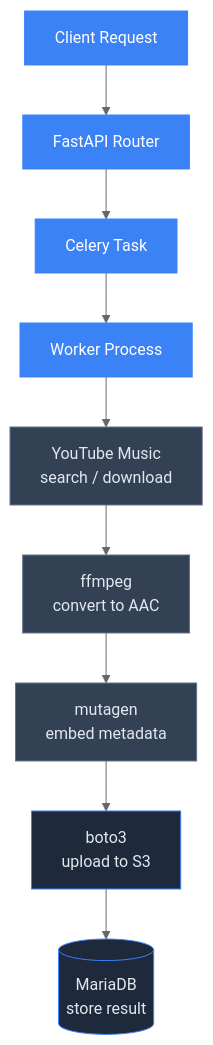
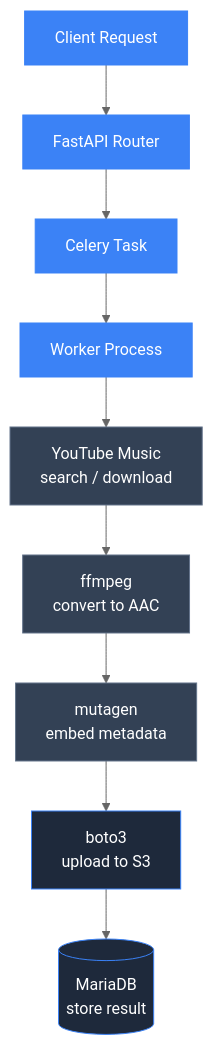
Before and after one commit to Tomifarmer/zimmporter-stack-doc: the diagram in docs/api/architecture.md, drawn with Mermaid (neutral theme).

Commit message:
Update css

````diff
--- a/docs/api/architecture.md
+++ b/docs/api/architecture.md
@@ -5,20 +5,20 @@
 ```mermaid
 graph TD
   classDef primary fill:#3b82f6,stroke:#3b82f6,color:#fff
-  classDef accent fill:#40e0d0,stroke:#40e0d0,color:#000
-  classDef storage fill:#1e293b,stroke:#3b82f6,color:#e2e8f0
-  classDef external fill:#334155,stroke:#64748b,color:#e2e8f0
+  classDef accent fill:#40e0d0,stroke:#40e0d0,color:#fff
+  classDef storage fill:#1e293b,stroke:#3b82f6,color:#fff
+  classDef external fill:#334155,stroke:#64748b,color:#fff
 
   CR[Client Request] --> R[FastAPI Router]
   R --> CT[Celery Task]
   CT --> WP[Worker Process]
   WP --> YT[YouTube Music<br/>search / download]
   YT --> FF[ffmpeg<br/>convert to AAC]
   FF --> MT[mutagen<br/>embed metadata]
   MT --> S3[boto3<br/>upload to S3]
   S3 --> DB[(MariaDB<br/>store result)]
 
   class CR,R,CT,WP primary
   class YT,FF,MT external
   class S3,DB storage
 ```
````
